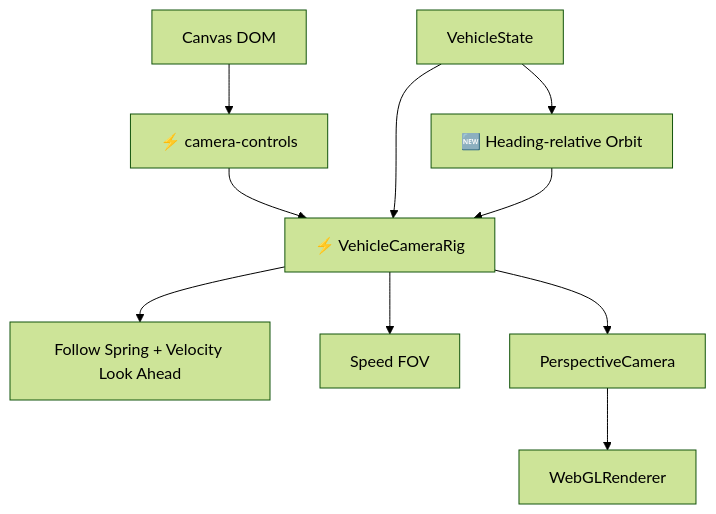
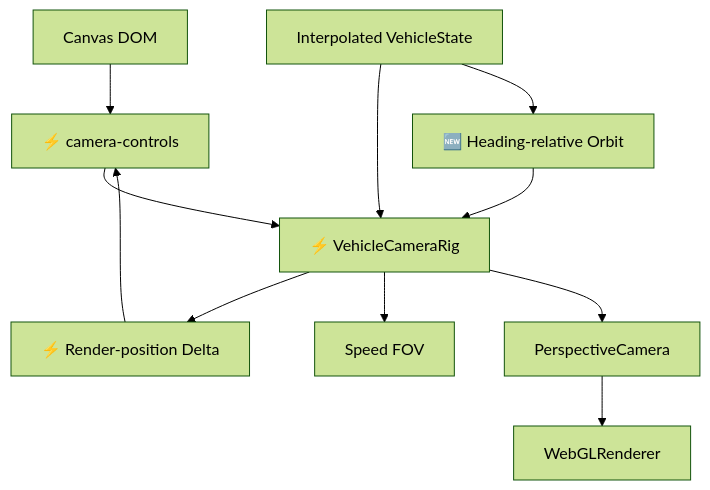
The first of 2 diagrams in docs/architecture/camera-system/README.md (64n-goxutech/shader-roam), drawn with Mermaid (forest theme) before and after one commit. The commit also changed other lines of this file and 13 other files, not shown here.

Commit message:
fix(core-drive): stabilize vehicle and camera motion

````diff
--- a/docs/architecture/camera-system/README.md
+++ b/docs/architecture/camera-system/README.md
@@ -5,13 +5,14 @@
 ```mermaid
 graph TB
     %% 🆕 新增  ⚡ 修改
     Canvas[Canvas DOM] --> CameraControls[⚡ camera-controls]
-    VehicleState[VehicleState] --> CameraRig[⚡ VehicleCameraRig]
+    VehicleState[Interpolated VehicleState] --> CameraRig[⚡ VehicleCameraRig]
     CameraControls --> CameraRig
-    CameraRig --> FollowFeedback[Follow Spring + Velocity Look Ahead]
+    CameraRig --> RenderDelta[⚡ Render-position Delta]
+    RenderDelta --> CameraControls
     CameraRig --> DynamicFov[Speed FOV]
     VehicleState --> HeadingFollow[🆕 Heading-relative Orbit]
     HeadingFollow --> CameraRig
     CameraRig --> Camera[PerspectiveCamera]
     Camera --> Renderer[WebGLRenderer]
 ```
````
